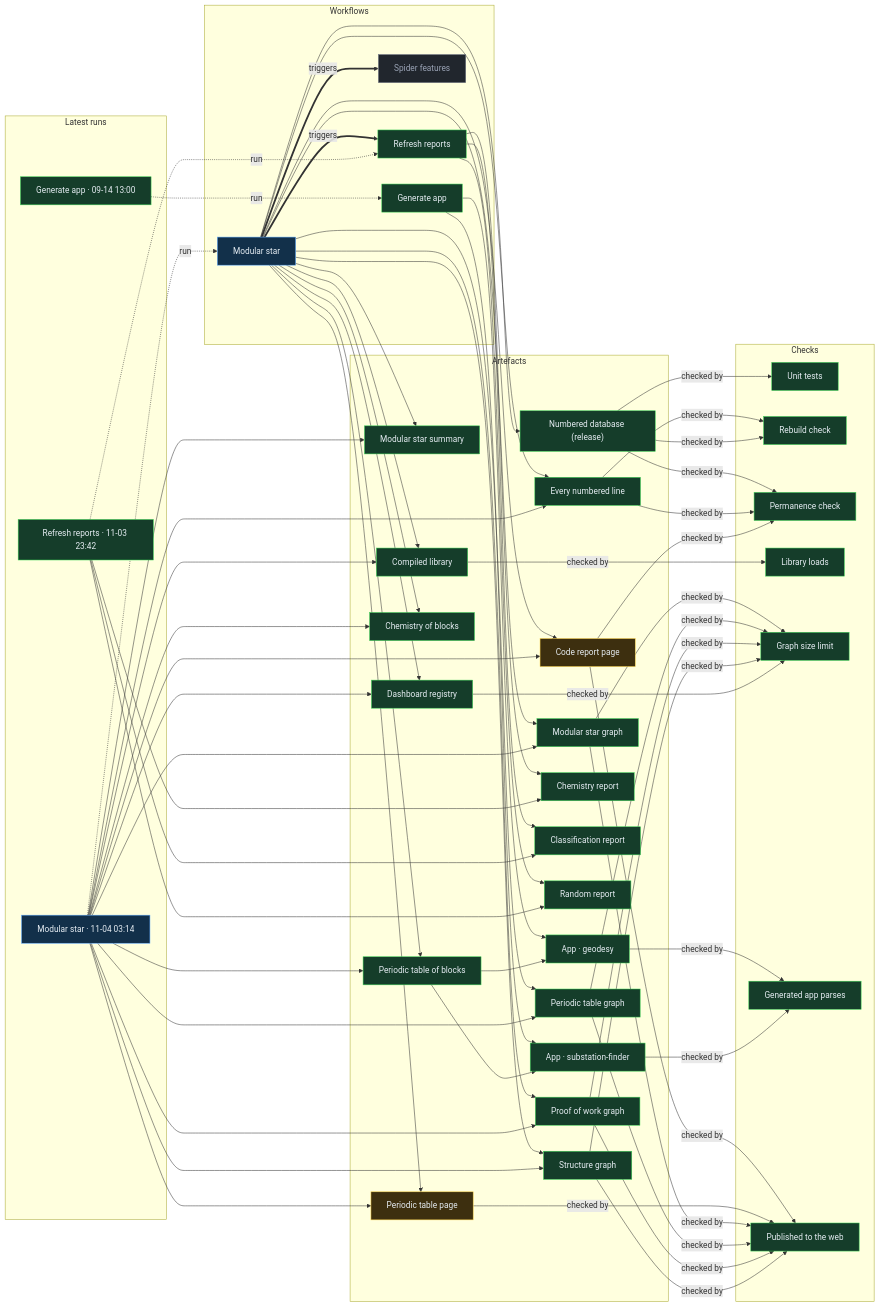
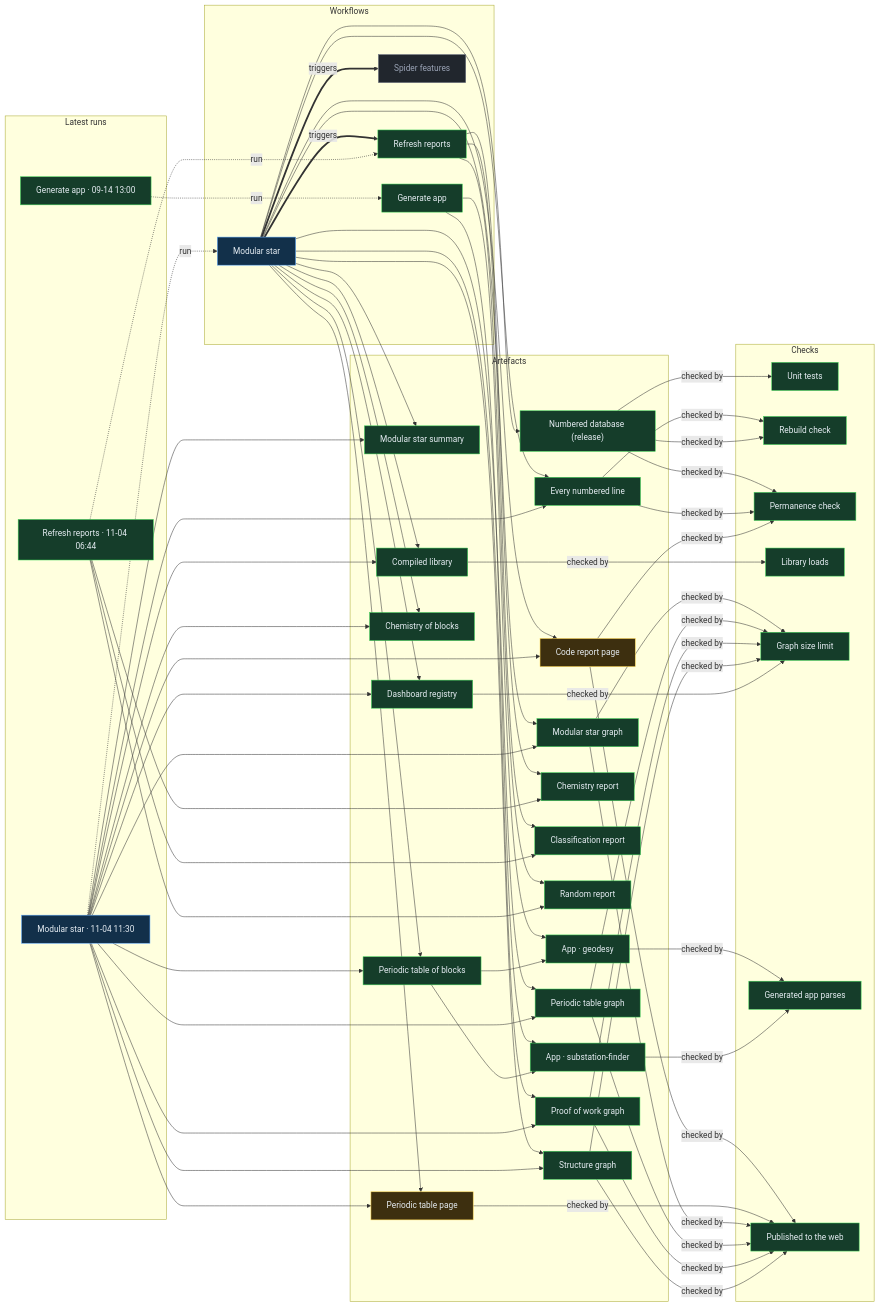
One commit to Ventusltd/stars changed the diagram in proof/PROOF.md. Above: the diagram before and after it, drawn with Mermaid. The commit also changed other lines of this file and 49 other files, not shown here.

Commit message:
Modular star 2026-11-04T11:32Z

```diff
--- a/proof/PROOF.md
+++ b/proof/PROOF.md
@@ -24,8 +24,8 @@
   n_wf_spider_features["Spider features"]:::off
   end
   subgraph g_runs["Latest runs"]
-  n_run_41765827807["Modular star · 11-04 03:14"]:::live
-  n_run_41741239621["Refresh reports · 11-03 23:42"]:::ok
+  n_run_41821470085["Modular star · 11-04 11:30"]:::live
+  n_run_41787519806["Refresh reports · 11-04 06:44"]:::ok
   n_run_34846587798["Generate app · 09-14 13:00"]:::ok
   end
   subgraph g_artefacts["Artefacts"]
@@ -59,39 +59,39 @@
   end
   n_wf_modular_star == triggers ==> n_wf_refresh
   n_wf_modular_star == triggers ==> n_wf_spider_features
-  n_run_41765827807 -. run .-> n_wf_modular_star
-  n_run_41741239621 -. run .-> n_wf_refresh
+  n_run_41821470085 -. run .-> n_wf_modular_star
+  n_run_41787519806 -. run .-> n_wf_refresh
   n_run_34846587798 -. run .-> n_wf_generate
   n_wf_modular_star --> n_art_summary
-  n_run_41765827807 --> n_art_summary
+  n_run_41821470085 --> n_art_summary
   n_wf_modular_star --> n_art_lines
-  n_run_41765827807 --> n_art_lines
+  n_run_41821470085 --> n_art_lines
   n_wf_modular_star --> n_art_code
-  n_run_41765827807 --> n_art_code
+  n_run_41821470085 --> n_art_code
   n_wf_modular_star --> n_art_modular_graph
-  n_run_41765827807 --> n_art_modular_graph
+  n_run_41821470085 --> n_art_modular_graph
   n_wf_modular_star --> n_art_blocks
-  n_run_41765827807 --> n_art_blocks
+  n_run_41821470085 --> n_art_blocks
   n_wf_modular_star --> n_art_table
-  n_run_41765827807 --> n_art_table
+  n_run_41821470085 --> n_art_table
   n_wf_modular_star --> n_art_blocks_graph
-  n_run_41765827807 --> n_art_blocks_graph
+  n_run_41821470085 --> n_art_blocks_graph
   n_wf_modular_star --> n_art_reactions
-  n_run_41765827807 --> n_art_reactions
+  n_run_41821470085 --> n_art_reactions
   n_wf_modular_star --> n_art_library
-  n_run_41765827807 --> n_art_library
+  n_run_41821470085 --> n_art_library
   n_wf_modular_star --> n_art_features
-  n_run_41765827807 --> n_art_features
+  n_run_41821470085 --> n_art_features
   n_wf_modular_star --> n_art_proof
-  n_run_41765827807 --> n_art_proof
+  n_run_41821470085 --> n_art_proof
   n_wf_modular_star --> n_art_structure
-  n_run_41765827807 --> n_art_structure
+  n_run_41821470085 --> n_art_structure
   n_wf_refresh --> n_art_chemistry
-  n_run_41741239621 --> n_art_chemistry
+  n_run_41787519806 --> n_art_chemistry
   n_wf_refresh --> n_art_vedic
-  n_run_41741239621 --> n_art_vedic
+  n_run_41787519806 --> n_art_vedic
   n_wf_refresh --> n_art_random
-  n_run_41741239621 --> n_art_random
+  n_run_41787519806 --> n_art_random
   n_wf_modular_star --> n_art_release
   n_wf_generate --> n_app_geodesy
   n_art_blocks --> n_app_geodesy
```
